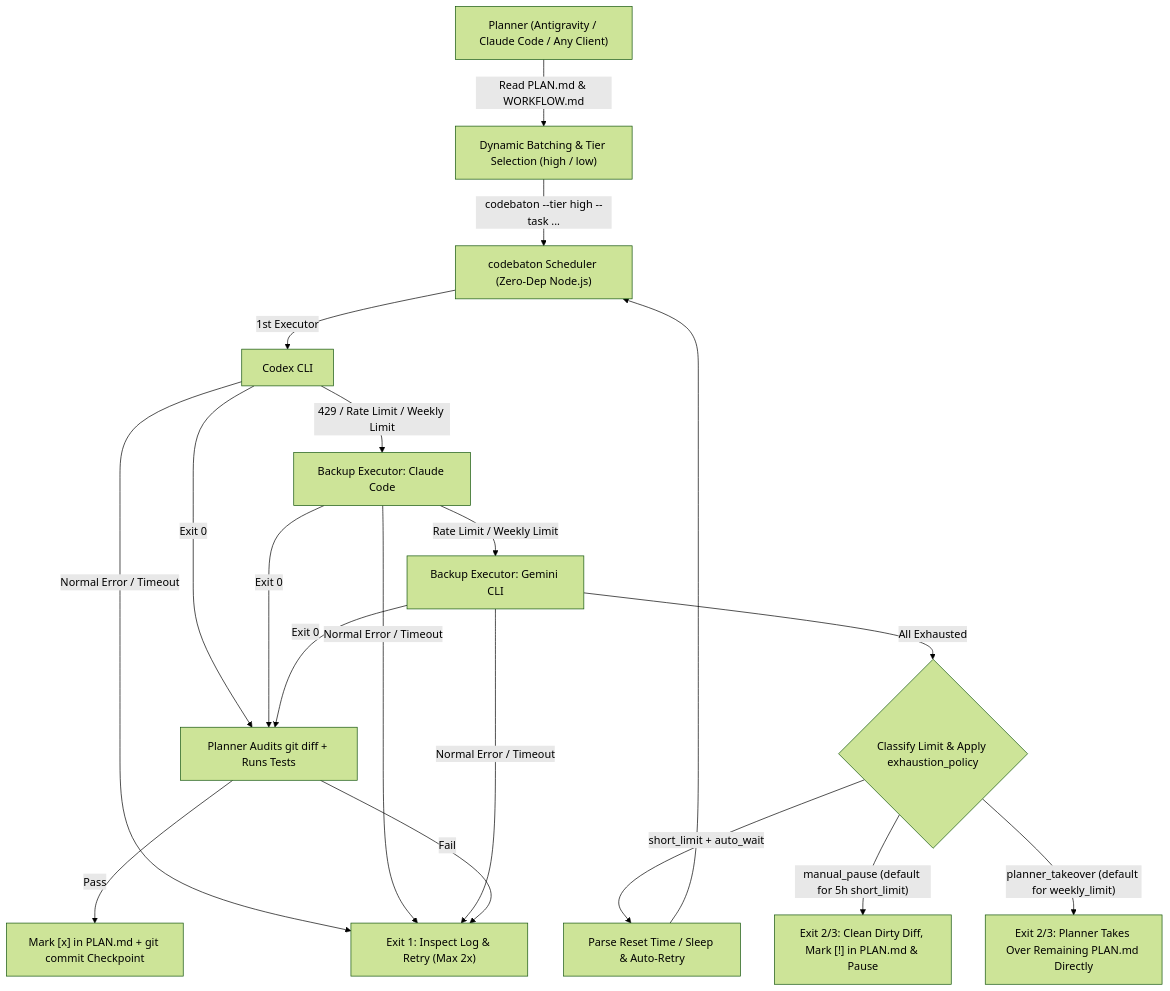
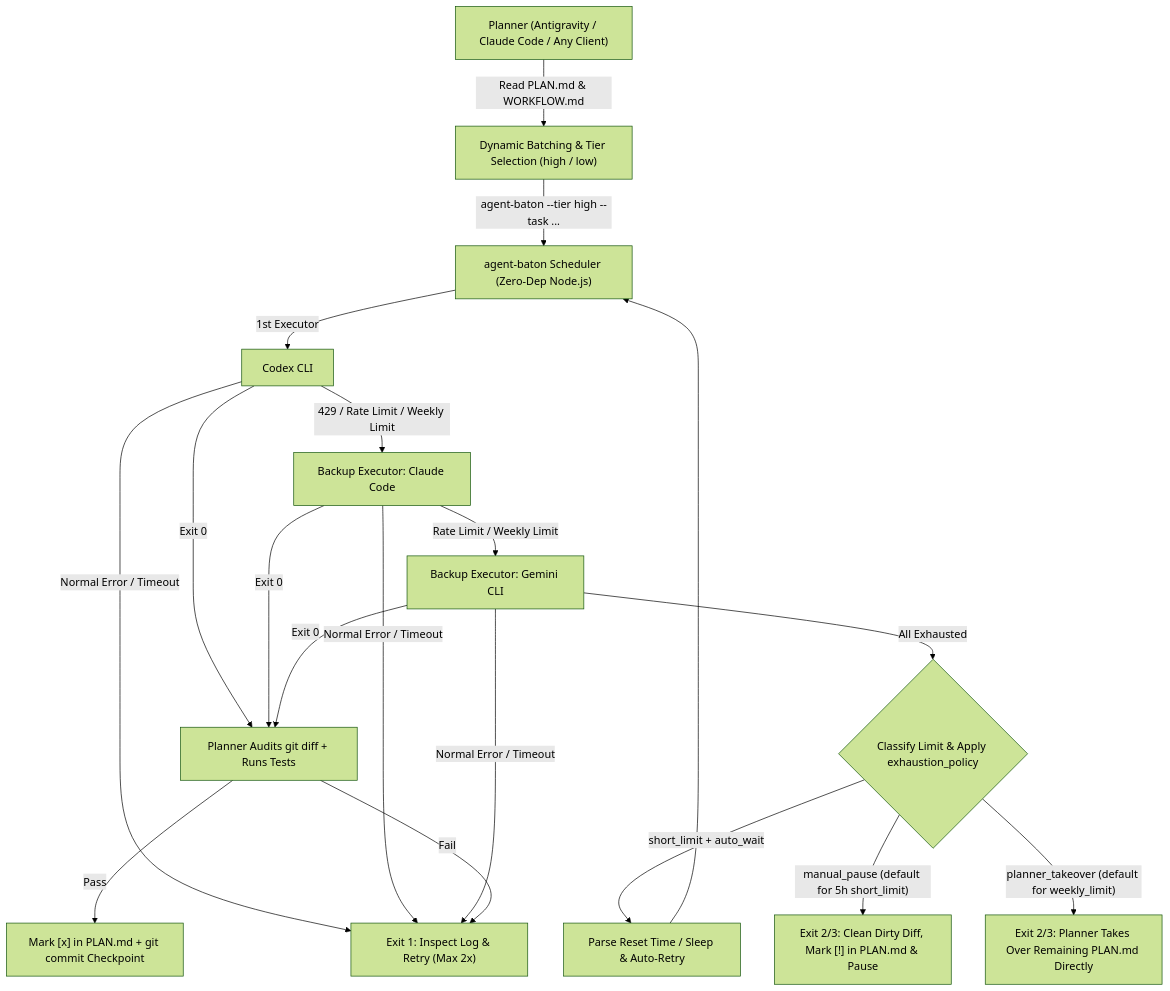
The diagram in README.md (wenzhang1/agent-baton), drawn with Mermaid (forest theme) before and after one commit. The commit also changed other lines of this file and 28 other files, not shown here.

Commit message:
feat: rename to agent-baton, add init subcommand, and configure npm release workflow

````diff
--- a/README.md
+++ b/README.md
@@ -22,19 +23,19 @@
 ```mermaid
 flowchart TD
     P["Planner (Antigravity / Claude Code / Any Client)"] -->|"Read PLAN.md & WORKFLOW.md"| B["Dynamic Batching & Tier Selection (high / low)"]
-    B -->|"codebaton --tier high --task ..."| C["codebaton Scheduler (Zero-Dep Node.js)"]
+    B -->|"agent-baton --tier high --task ..."| C["agent-baton Scheduler (Zero-Dep Node.js)"]
     C -->|"1st Executor"| E1["Codex CLI"]
     E1 -->|"Exit 0"| V["Planner Audits git diff + Runs Tests"]
     E1 -->|"429 / Rate Limit / Weekly Limit"| E2["Backup Executor: Claude Code"]
     E2 -->|"Exit 0"| V
     E2 -->|"Rate Limit / Weekly Limit"| E3["Backup Executor: Gemini CLI"]
     E3 -->|"Exit 0"| V
     E1 & E2 & E3 -->|"Normal Error / Timeout"| ERR["Exit 1: Inspect Log & Retry (Max 2x)"]
     E3 -->|"All Exhausted"| POL{"Classify Limit & Apply exhaustion_policy"}
     POL -->|"short_limit + auto_wait"| WAIT["Parse Reset Time / Sleep & Auto-Retry"]
     WAIT --> C
     POL -->|"manual_pause (default for 5h short_limit)"| PAUSE["Exit 2/3: Clean Dirty Diff, Mark [!] in PLAN.md & Pause"]
     POL -->|"planner_takeover (default for weekly_limit)"| TAKE["Exit 2/3: Planner Takes Over Remaining PLAN.md Directly"]
     V -->|"Pass"| GIT["Mark [x] in PLAN.md + git commit Checkpoint"]
     V -->|"Fail"| ERR
 ```
````
